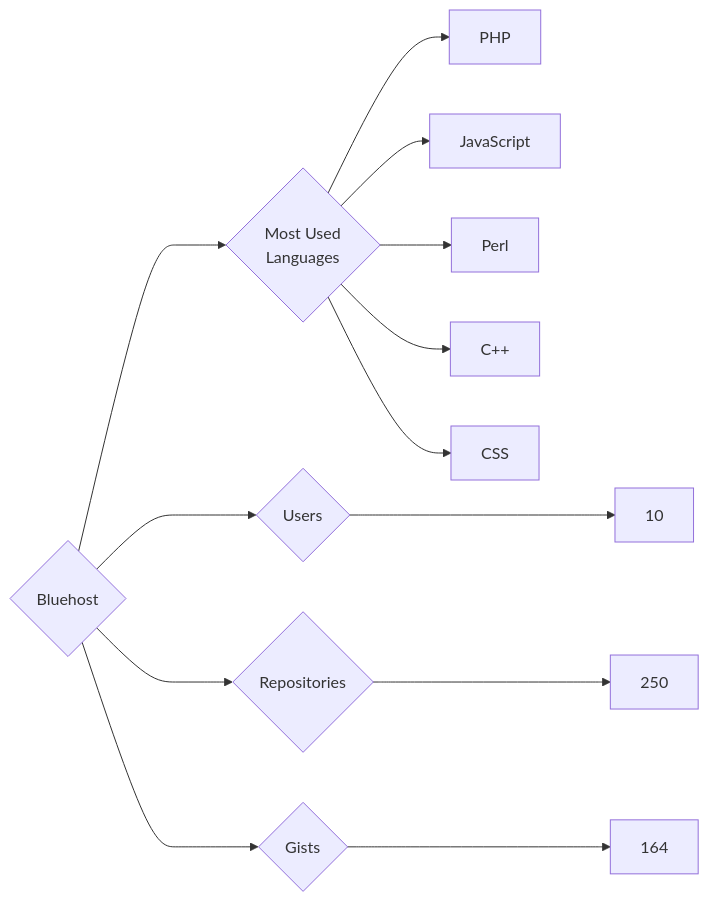
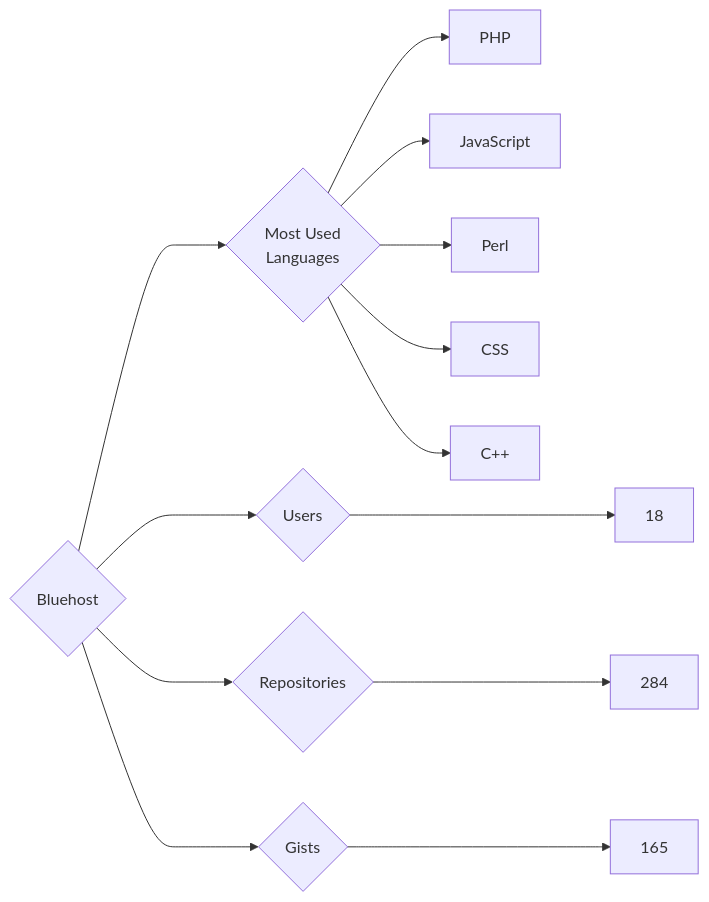
The diagram in targets/Bluehost/README.md (trickest/insiders), drawn with Mermaid before and after one commit. The commit also changed 823 other files, not shown here.

````diff
--- a/targets/Bluehost/README.md
+++ b/targets/Bluehost/README.md
@@ -3,13 +3,13 @@
 ```mermaid
 graph LR
 COMPANY_NAME{Bluehost}
-COMPANY_NAME ---> U{Users} ---> UN[10]
-COMPANY_NAME ---> R{Repositories} ---> RN[250]
-COMPANY_NAME ---> G{Gists} ---> GN[164]
+COMPANY_NAME ---> U{Users} ---> UN[18]
+COMPANY_NAME ---> R{Repositories} ---> RN[284]
+COMPANY_NAME ---> G{Gists} ---> GN[165]
 COMPANY_NAME ---> ML{Most Used<br>Languages}
 ML --> PHP[PHP]
 ML --> JavaScript[JavaScript]
 ML --> Perl[Perl]
+ML --> CSS[CSS]
 ML --> C++[C++]
-ML --> CSS[CSS]
 ```
````
